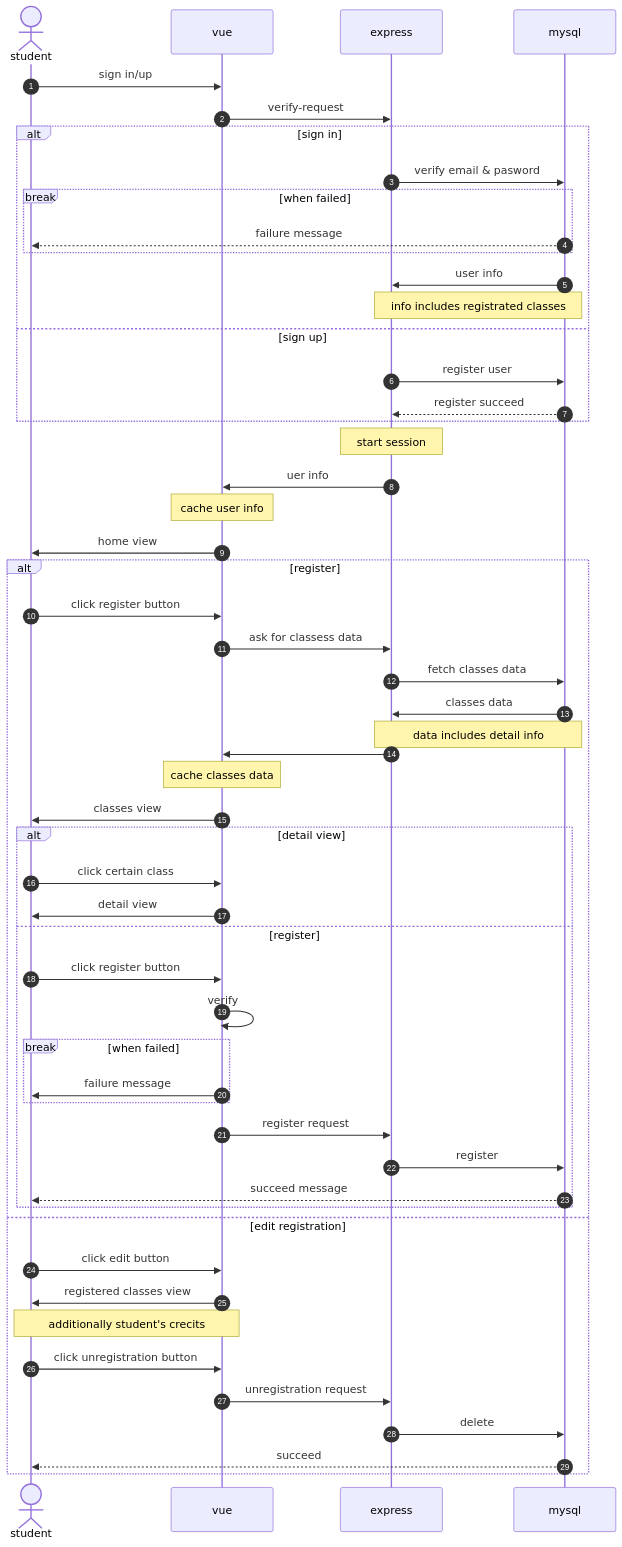
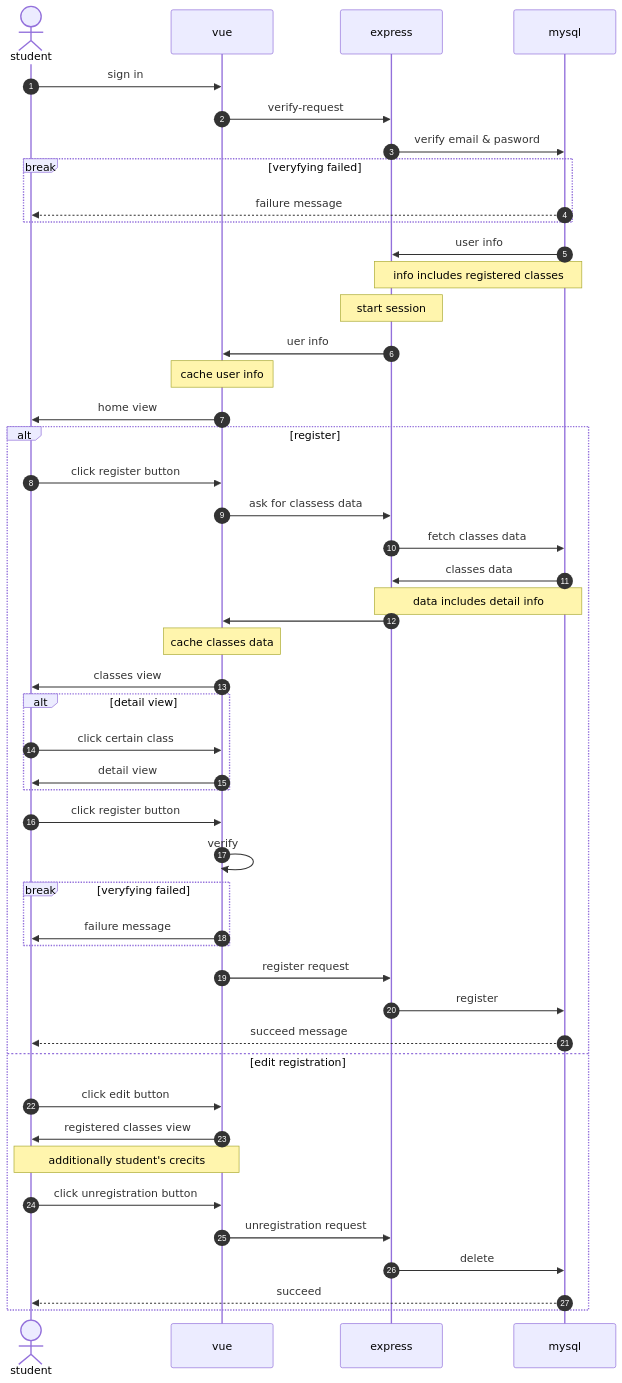
One commit to oda251/MockCourseRegistrationSite changed the diagram in docs/Sequence.md. Above: the diagram before and after it, drawn with Mermaid. The commit also changed 344 other files, not shown here.

````diff
--- a/docs/Sequence.md
+++ b/docs/Sequence.md
@@ -1,61 +1,55 @@
 ```mermaid
 ---
 Sequence-diagram
 ---
 sequenceDiagram
 	autonumber
 	actor student
 	participant front as vue
 	participant back as express
 	participant db as mysql
 
-	student->>front: sign in/up
+	student->>front: sign in
 	front->>back: verify-request
-	alt sign in
-		back->>db: verify email & pasword
-		break when failed
-			db-->>student: failure message
-		end
-		db->>back: user info
-		Note over back, db: info includes registrated classes
-	else sign up
-		back->>db: register user
-		db-->>back: register succeed
+	back->>db: verify email & pasword
+	break veryfying failed
+		db-->>student: failure message
 	end
+	db->>back: user info
+	Note over back, db: info includes registered classes
 	Note over back: start session
 	back->>front: uer info
 	Note over front: cache user info
 	front->>student: home view
 
 	alt register
 		student->>front: click register button
 		front->>back: ask for classess data
 		back->>db: fetch classes data
 		db->>back: classes data
 		Note over back, db: data includes detail info
 		back->>front: 
 		Note over front: cache classes data
 		front->>student: classes view
 		alt detail view
 			student->>front: click certain class
 			front->>student: detail view
-		else register
-			student->>front: click register button
-			front->>front: verify
-			break when failed
-				front->>student: failure message
-			end
-			front->>back: register request
-			back->>db: register
-			db-->>student: succeed message
 		end
+		student->>front: click register button
+		front->>front: verify
+		break veryfying failed
+			front->>student: failure message
+		end
+		front->>back: register request
+		back->>db: register
+		db-->>student: succeed message
 	else edit registration
 		student->>front: click edit button
 		front->>student: registered classes view
 		Note over student, front: additionally student's crecits
 		student->>front: click unregistration button
 		front->>back: unregistration request
 		back->>db: delete
 		db-->>student: succeed  
 	end
 ```
````
